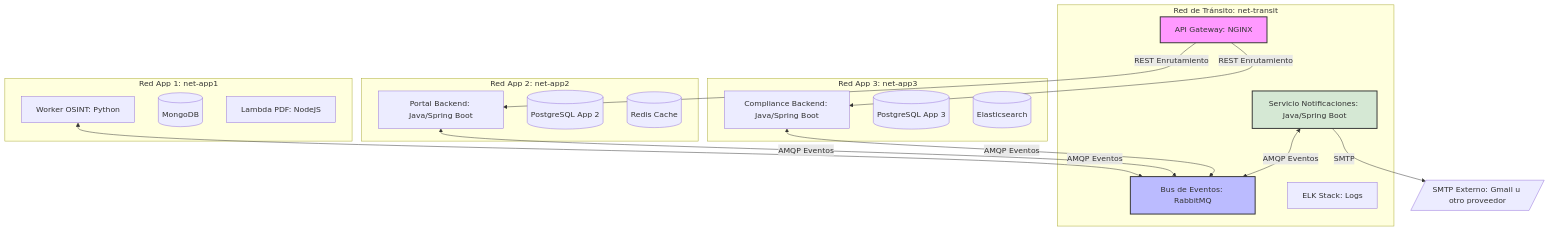
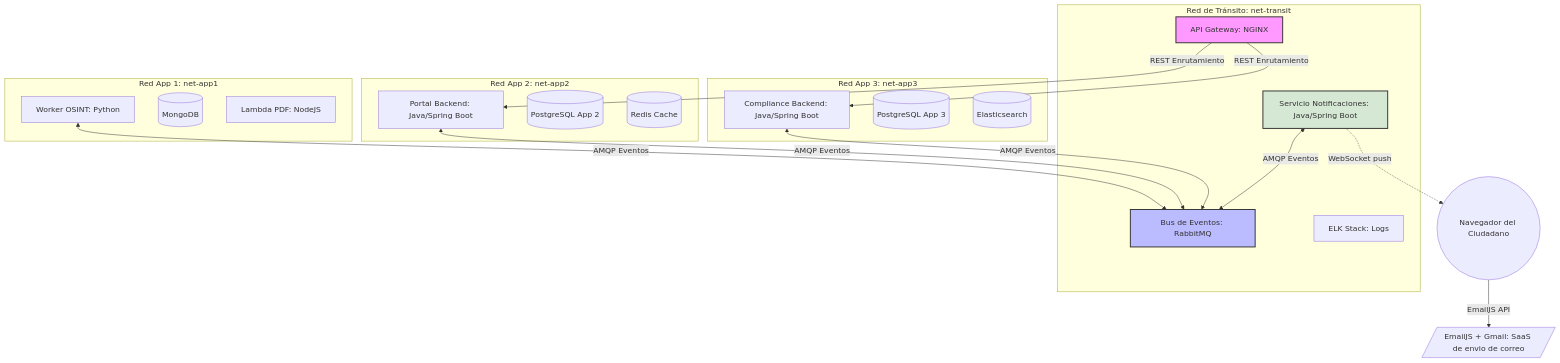
Before and after one commit to SaraChiriboga/integrador-arq: the second of 3 diagrams in implementation_plan.md, drawn with Mermaid. The commit also changed other lines of this file and 20 other files, not shown here.

````diff
--- a/implementation_plan.md
+++ b/implementation_plan.md
@@ -349,41 +349,43 @@
 ```mermaid
 graph TD
     subgraph net-transit [Red de Tránsito: net-transit]
         GW[API Gateway: NGINX]
         MQ[Bus de Eventos: RabbitMQ]
         NS[Servicio Notificaciones: Java/Spring Boot]
         ELK[ELK Stack: Logs]
     end
 
-    Mail[/SMTP Externo: Gmail u otro proveedor/]
+    Mail[/EmailJS + Gmail: SaaS de envio de correo/]
+    Ciudadano((Navegador del Ciudadano))
 
     subgraph net-app1 [Red App 1: net-app1]
         App1[Worker OSINT: Python]
         Mongo[(MongoDB)]
         Lambda[Lambda PDF: NodeJS]
     end
 
     subgraph net-app2 [Red App 2: net-app2]
         App2[Portal Backend: Java/Spring Boot]
         Postgres2[(PostgreSQL App 2)]
         Redis[(Redis Cache)]
     end
 
     subgraph net-app3 [Red App 3: net-app3]
         App3[Compliance Backend: Java/Spring Boot]
         Postgres3[(PostgreSQL App 3)]
         ES[(Elasticsearch)]
     end
 
     GW -->|REST Enrutamiento| App2
     GW -->|REST Enrutamiento| App3
     App1 <-->|AMQP Eventos| MQ
     App2 <-->|AMQP Eventos| MQ
     App3 <-->|AMQP Eventos| MQ
     NS <-->|AMQP Eventos| MQ
-    NS -->|SMTP| Mail
+    NS -.->|WebSocket push| Ciudadano
+    Ciudadano -->|EmailJS API| Mail
 
     style GW fill:#f9f,stroke:#333,stroke-width:2px
     style MQ fill:#bbf,stroke:#333,stroke-width:2px
     style NS fill:#d5e8d4,stroke:#333,stroke-width:2px
 ```
````
